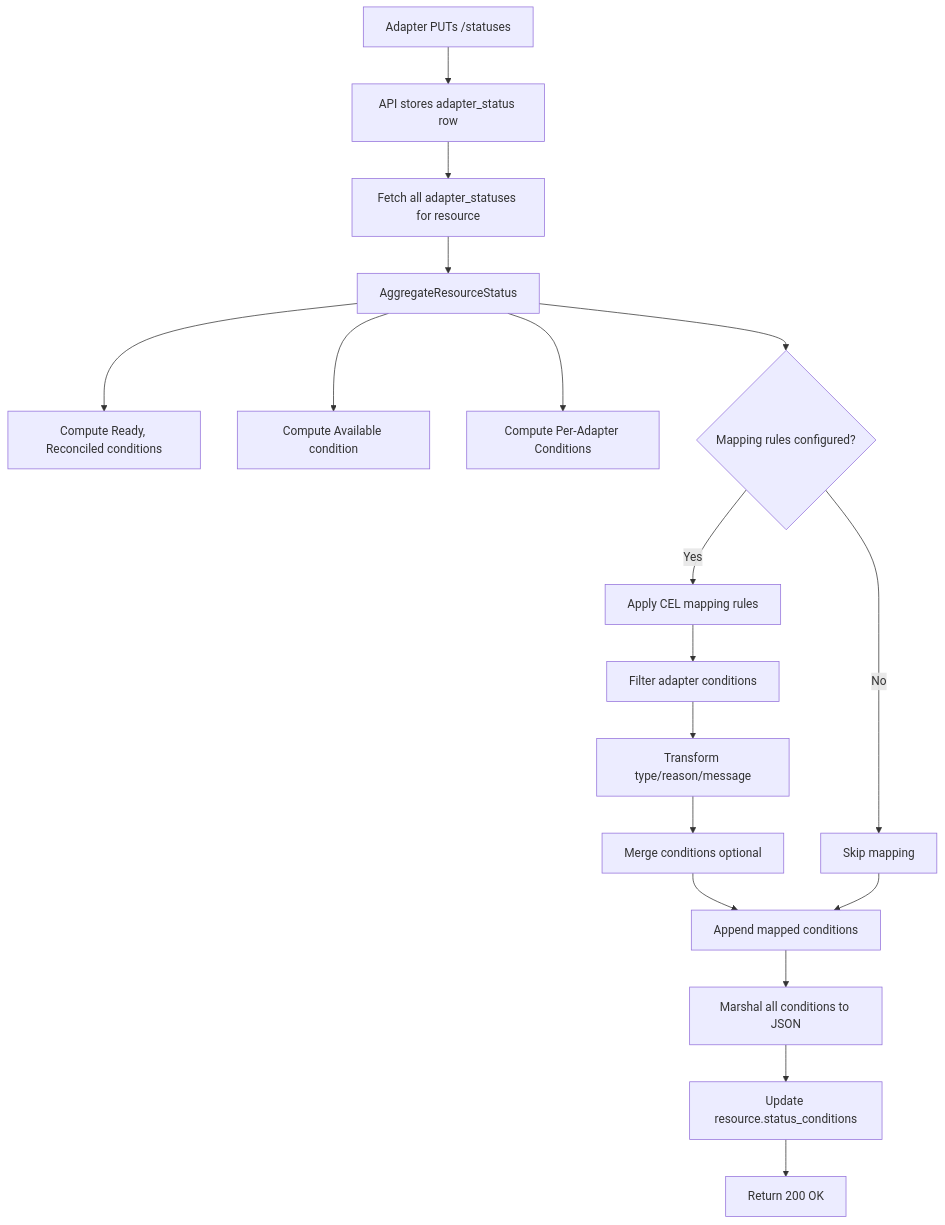
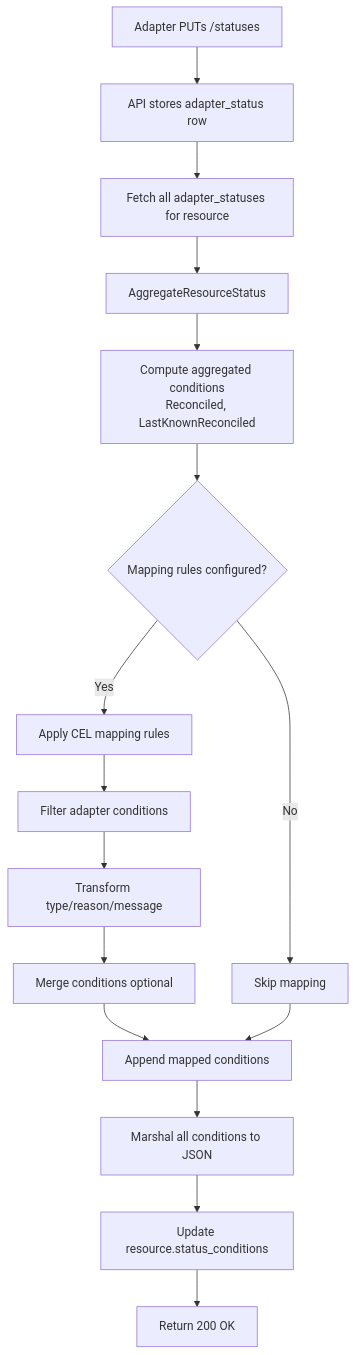
One commit to rh-amarin/hyperfleet-architecture changed the first of 2 diagrams in hyperfleet/components/api-service/condition-mapping-design.md. Above: the diagram before and after it, drawn with Mermaid. The commit also changed other lines of this file and 1 other file, not shown here.

Commit message:
HYPERFLEET-907 - docs: apply review feedback

````diff
--- a/hyperfleet/components/api-service/condition-mapping-design.md
+++ b/hyperfleet/components/api-service/condition-mapping-design.md
@@ -64,20 +60,18 @@
 ```mermaid
 flowchart TD
     A[Adapter PUTs /statuses] --> B[API stores adapter_status row]
     B --> C[Fetch all adapter_statuses for resource]
     C --> D[AggregateResourceStatus]
-    D --> E[Compute Ready, Reconciled conditions]
-    D --> F[Compute Available condition]
-    D --> G[Compute Per-Adapter Conditions]
-    D --> H{Mapping rules configured?}
-    H -->|Yes| I[Apply CEL mapping rules]
-    H -->|No| J[Skip mapping]
-    I --> K[Filter adapter conditions]
-    K --> L[Transform type/reason/message]
-    L --> M[Merge conditions optional]
-    M --> N[Append mapped conditions]
-    J --> N
-    N --> O[Marshal all conditions to JSON]
-    O --> P[Update resource.status_conditions]
-    P --> Q[Return 200 OK]
+    D --> E[Compute aggregated conditions<br/>Reconciled, LastKnownReconciled]
+    E --> F{Mapping rules configured?}
+    F -->|Yes| G[Apply CEL mapping rules]
+    F -->|No| H[Skip mapping]
+    G --> I[Filter adapter conditions]
+    I --> J[Transform type/reason/message]
+    J --> K[Merge conditions optional]
+    K --> L[Append mapped conditions]
+    H --> L
+    L --> M[Marshal all conditions to JSON]
+    M --> N[Update resource.status_conditions]
+    N --> O[Return 200 OK]
 ```
````
